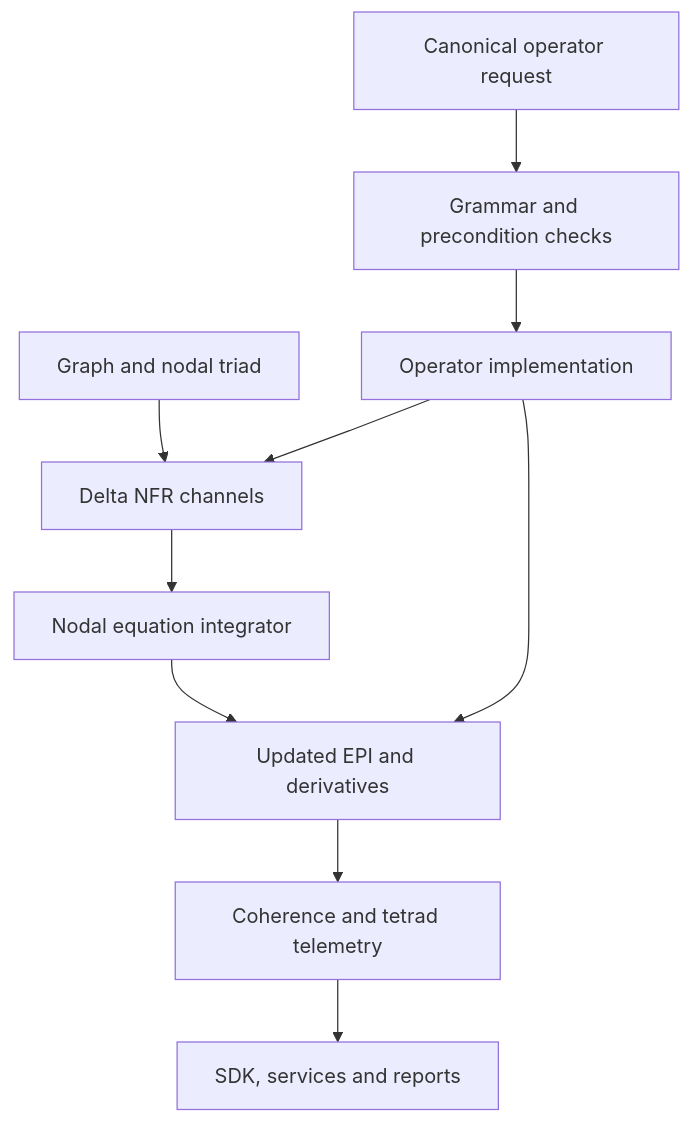
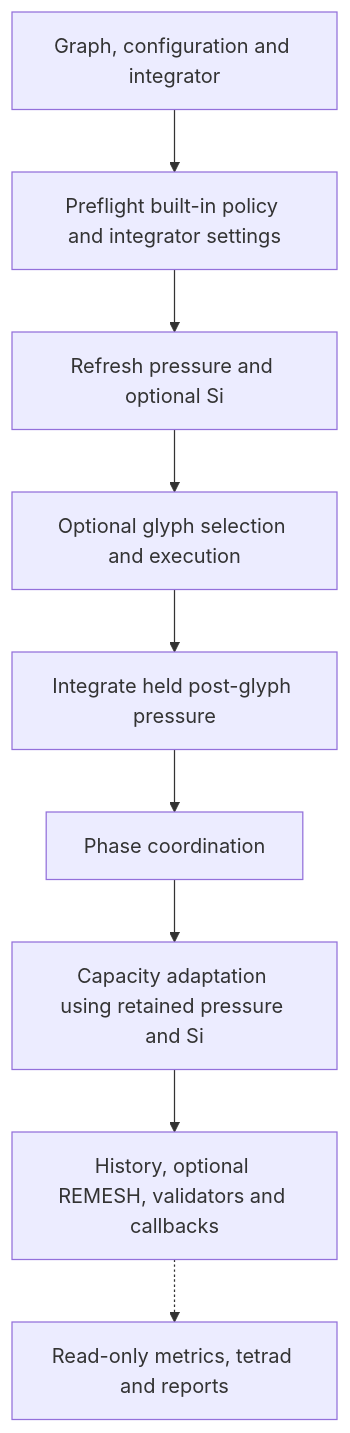
Before and after one commit to fermga/TNFR-Python-Engine: the diagram in ARCHITECTURE.md, drawn with Mermaid. The commit also changed other lines of this file and 311 other files, not shown here.

````diff
--- a/ARCHITECTURE.md
+++ b/ARCHITECTURE.md
@@ -38,12 +55,11 @@
 ```mermaid
 flowchart TD
-    A[Graph and nodal triad] --> B[Delta NFR channels]
-    B --> C[Nodal equation integrator]
-    C --> D[Updated EPI and derivatives]
-    D --> E[Coherence and tetrad telemetry]
-    E --> F[SDK, services and reports]
-    G[Canonical operator request] --> H[Grammar and precondition checks]
-    H --> I[Operator implementation]
-    I --> B
-    I --> D
+    A[Graph, configuration and integrator] --> P[Preflight built-in policy and integrator settings]
+    P --> B[Refresh pressure and optional Si]
+    B --> G[Optional glyph selection and execution]
+    G --> C[Integrate held post-glyph pressure]
+    C --> D[Phase coordination]
+    D --> E[Capacity adaptation using retained pressure and Si]
+    E --> F[History, optional REMESH, validators and callbacks]
+    F -.-> R[Read-only metrics, tetrad and reports]
 ```
````
